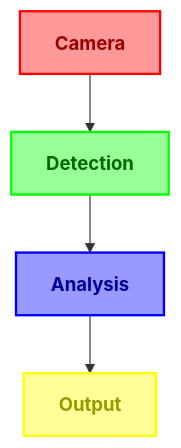
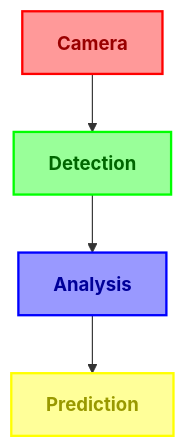
One commit to notcaliper/HandGaze changed the first of 4 diagrams in docs/FEATURES.md. Above: the diagram before and after it, drawn with Mermaid. The commit also changed other lines of this file and 11 other files, not shown here.

````diff
--- a/docs/FEATURES.md
+++ b/docs/FEATURES.md
@@ -40,10 +40,10 @@
 ```mermaid
 graph TD
     A[Camera] --> B[Detection]
     B --> C[Analysis]
-    C --> D[Output]
+    C --> D[Prediction]
     style A fill:#ff9999,stroke:#ff0000,stroke-width:2px,color:#990000,font-weight:bold
     style B fill:#99ff99,stroke:#00ff00,stroke-width:2px,color:#006600,font-weight:bold
     style C fill:#9999ff,stroke:#0000ff,stroke-width:2px,color:#000099,font-weight:bold
     style D fill:#ffff99,stroke:#ffff00,stroke-width:2px,color:#999900,font-weight:bold
 ```
````
